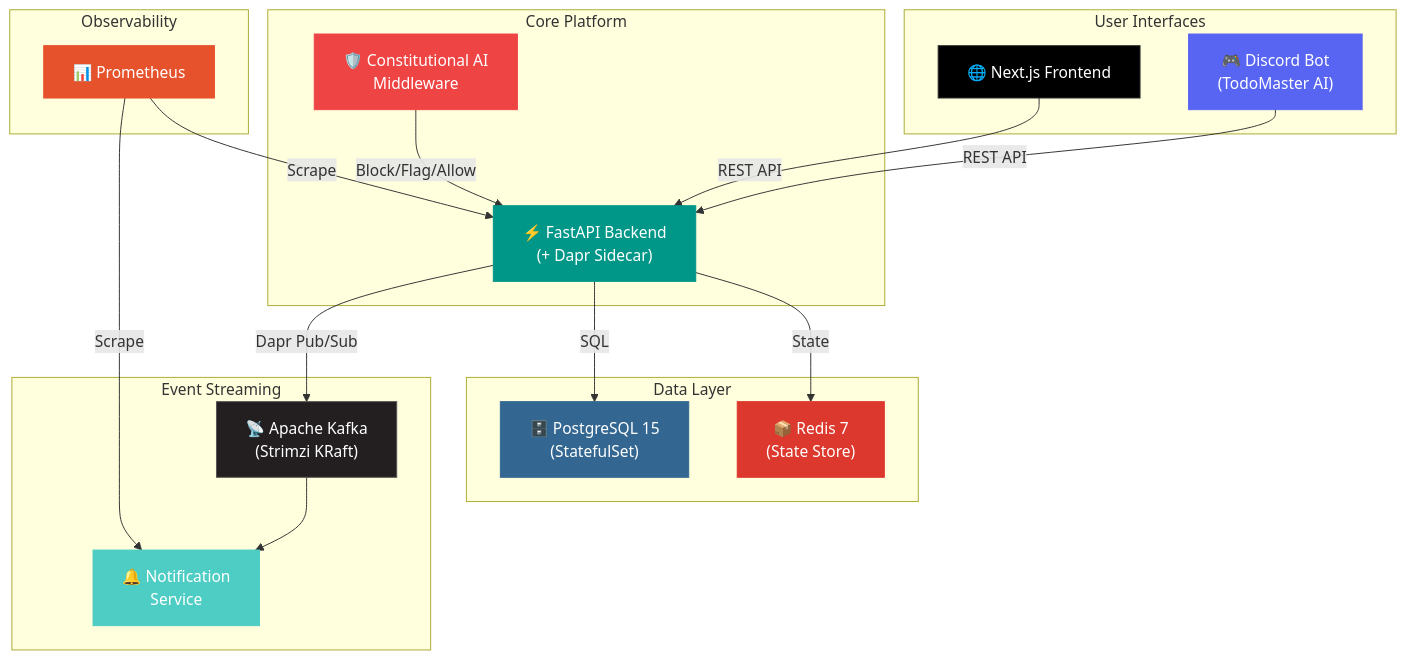
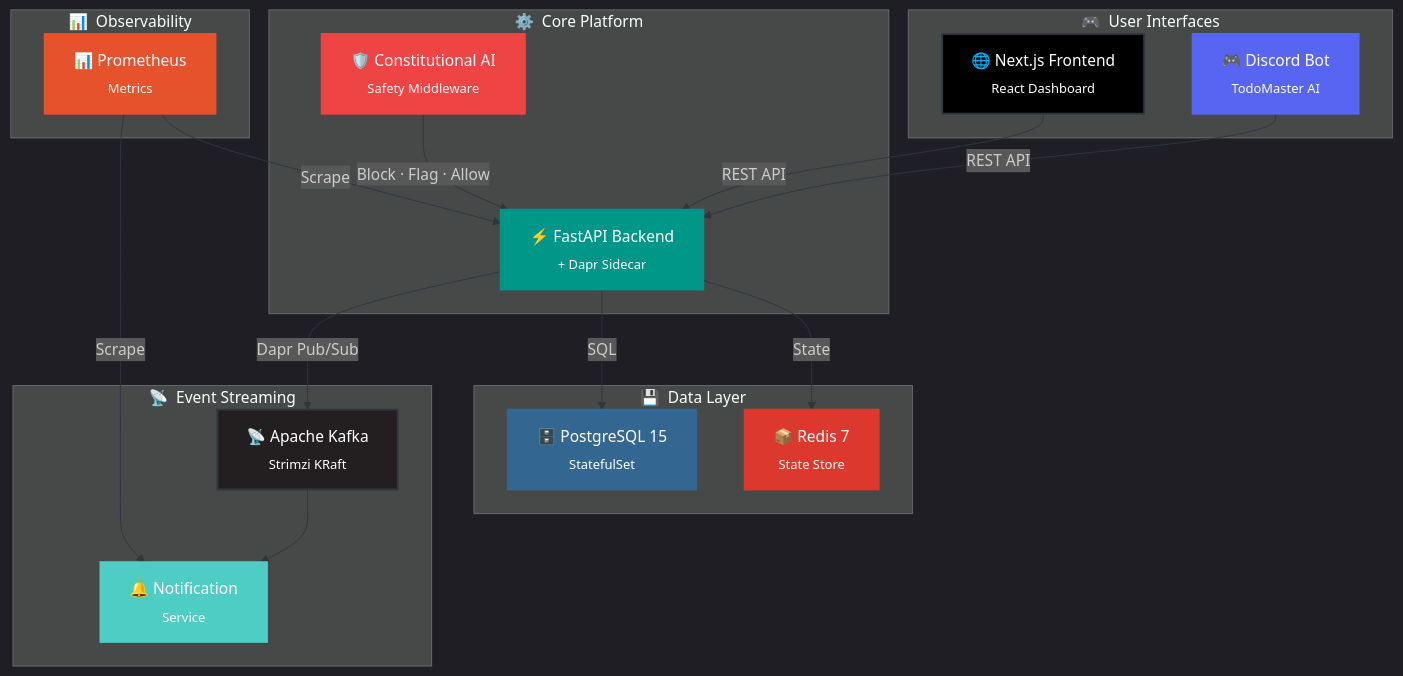
The first of 2 diagrams in README.md (asadullah48/asadullah48), drawn with Mermaid before and after one commit. The commit also changed other lines of this file, not shown here.

````diff
--- a/README.md
+++ b/README.md
@@ -82,46 +118,47 @@
 ```mermaid
+%%{init: {'theme': 'dark', 'themeVariables': {'primaryColor': '#1f6feb', 'primaryTextColor': '#e6edf3', 'lineColor': '#30363d', 'secondaryColor': '#161b22', 'tertiaryColor': '#0d1117'}}}%%
 graph TD
-    subgraph "User Interfaces"
-        A["🎮 Discord Bot<br/>(TodoMaster AI)"]
-        C["🌐 Next.js Frontend"]
+    subgraph "🎮 &nbsp;User Interfaces"
+        A["🎮 Discord Bot<br/><sub>TodoMaster AI</sub>"]
+        C["🌐 Next.js Frontend<br/><sub>React Dashboard</sub>"]
     end
 
-    subgraph "Core Platform"
-        B["⚡ FastAPI Backend<br/>(+ Dapr Sidecar)"]
-        I["🛡️ Constitutional AI<br/>Middleware"]
+    subgraph "⚙️ &nbsp;Core Platform"
+        B["⚡ FastAPI Backend<br/><sub>+ Dapr Sidecar</sub>"]
+        I["🛡️ Constitutional AI<br/><sub>Safety Middleware</sub>"]
     end
 
-    subgraph "Data Layer"
-        D["🗄️ PostgreSQL 15<br/>(StatefulSet)"]
-        H["📦 Redis 7<br/>(State Store)"]
+    subgraph "💾 &nbsp;Data Layer"
+        D["🗄️ PostgreSQL 15<br/><sub>StatefulSet</sub>"]
+        H["📦 Redis 7<br/><sub>State Store</sub>"]
     end
 
-    subgraph "Event Streaming"
-        E["📡 Apache Kafka<br/>(Strimzi KRaft)"]
-        F["🔔 Notification<br/>Service"]
+    subgraph "📡 &nbsp;Event Streaming"
+        E["📡 Apache Kafka<br/><sub>Strimzi KRaft</sub>"]
+        F["🔔 Notification<br/><sub>Service</sub>"]
     end
 
-    subgraph "Observability"
-        G["📊 Prometheus"]
+    subgraph "📊 &nbsp;Observability"
+        G["📊 Prometheus<br/><sub>Metrics</sub>"]
     end
 
     A -->|REST API| B
     C -->|REST API| B
-    I -->|Block/Flag/Allow| B
+    I -->|Block · Flag · Allow| B
     B -->|SQL| D
     B -->|State| H
     B -->|Dapr Pub/Sub| E
     E --> F
     G -->|Scrape| B
     G -->|Scrape| F
 
-    style A fill:#5865F2,color:#fff,stroke:#5865F2
-    style C fill:#000000,color:#fff,stroke:#333
-    style B fill:#009688,color:#fff,stroke:#009688
-    style I fill:#EF4444,color:#fff,stroke:#EF4444
-    style D fill:#336791,color:#fff,stroke:#336791
-    style H fill:#DC382D,color:#fff,stroke:#DC382D
-    style E fill:#231f20,color:#fff,stroke:#555
-    style F fill:#4ECDC4,color:#fff,stroke:#4ECDC4
-    style G fill:#e6522c,color:#fff,stroke:#e6522c
+    style A fill:#5865F2,color:#fff,stroke:#5865F2,stroke-width:2px
+    style C fill:#000000,color:#fff,stroke:#30363d,stroke-width:2px
+    style B fill:#009688,color:#fff,stroke:#009688,stroke-width:2px
+    style I fill:#EF4444,color:#fff,stroke:#EF4444,stroke-width:2px
+    style D fill:#336791,color:#fff,stroke:#336791,stroke-width:2px
+    style H fill:#DC382D,color:#fff,stroke:#DC382D,stroke-width:2px
+    style E fill:#231f20,color:#fff,stroke:#30363d,stroke-width:2px
+    style F fill:#4ECDC4,color:#fff,stroke:#4ECDC4,stroke-width:2px
+    style G fill:#e6522c,color:#fff,stroke:#e6522c,stroke-width:2px
 ```
````
